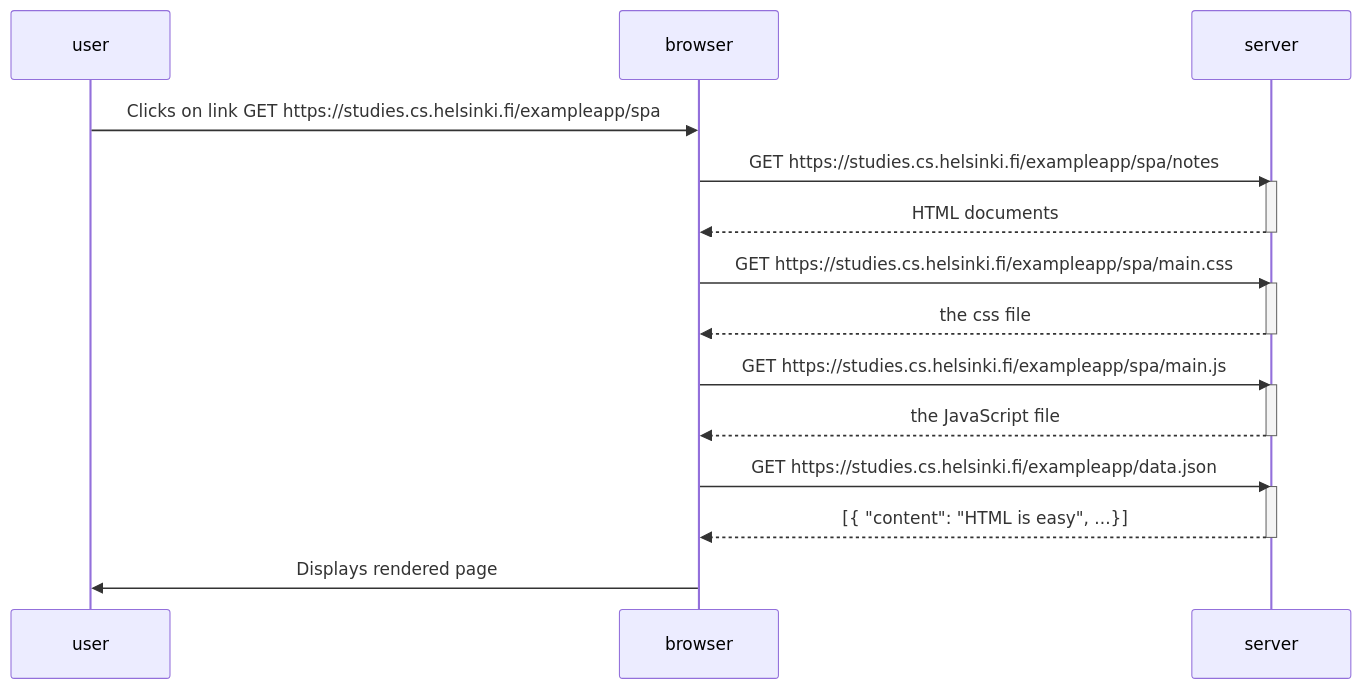
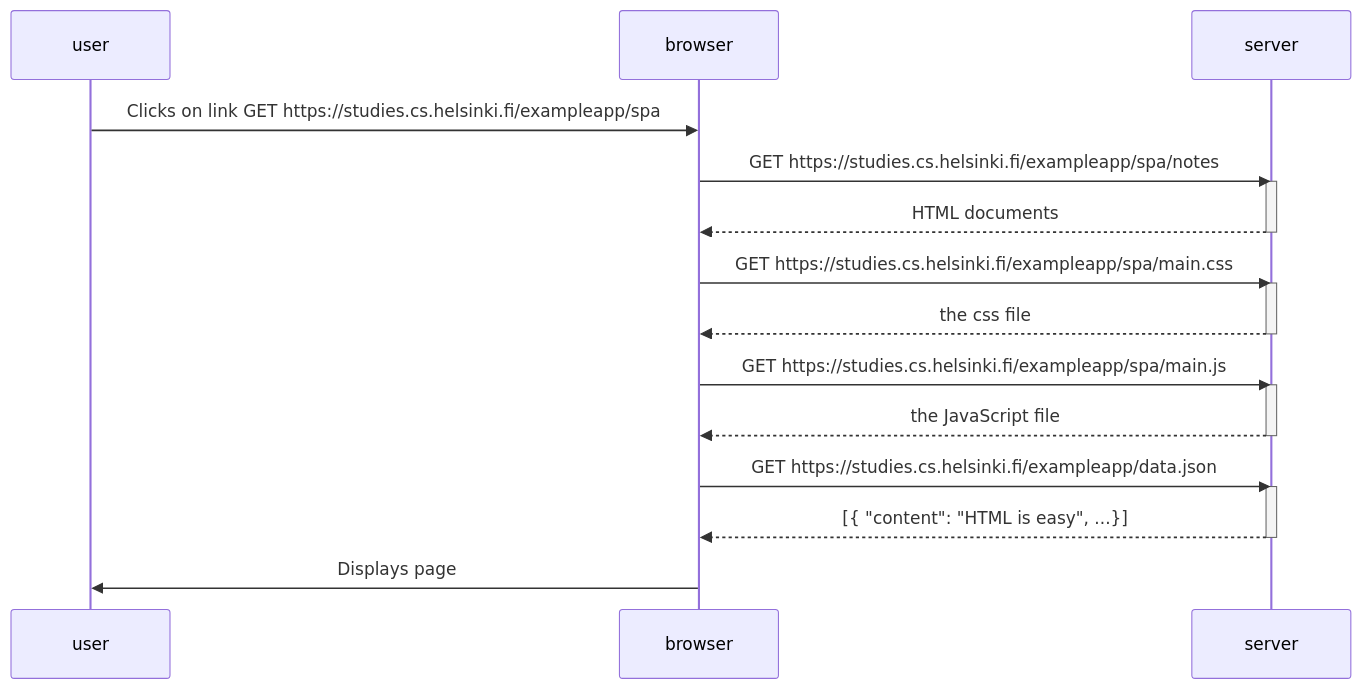
Before and after one commit to Kskx2203/fullStackOpen: the diagram in part0 (0.4-0.6)/0.5.md, drawn with Mermaid.

````diff
--- a/part0 (0.4-0.6)/0.5.md
+++ b/part0 (0.4-0.6)/0.5.md
@@ -1,32 +1,32 @@
 ```mermaid
 sequenceDiagram
     participant user
     participant browser
     participant server
 
     %% User clicks on the link
     user->>browser: Clicks on link GET https://studies.cs.helsinki.fi/exampleapp/spa
 
     %% Browser renders page
     browser->>server: GET https://studies.cs.helsinki.fi/exampleapp/spa/notes
     activate server
     server-->>browser: HTML documents
     deactivate server
 
     browser->>server: GET https://studies.cs.helsinki.fi/exampleapp/spa/main.css
     activate server
     server-->>browser: the css file
     deactivate server
 
     browser->>server: GET https://studies.cs.helsinki.fi/exampleapp/spa/main.js
     activate server
     server-->>browser: the JavaScript file
     deactivate server
 
     browser->>server: GET https://studies.cs.helsinki.fi/exampleapp/data.json
     activate server
     server-->>browser: [{ "content": "HTML is easy", ...}]
     deactivate server
 
-    browser->>user: Displays rendered page
+    browser->>user: Displays page
 ```
````
